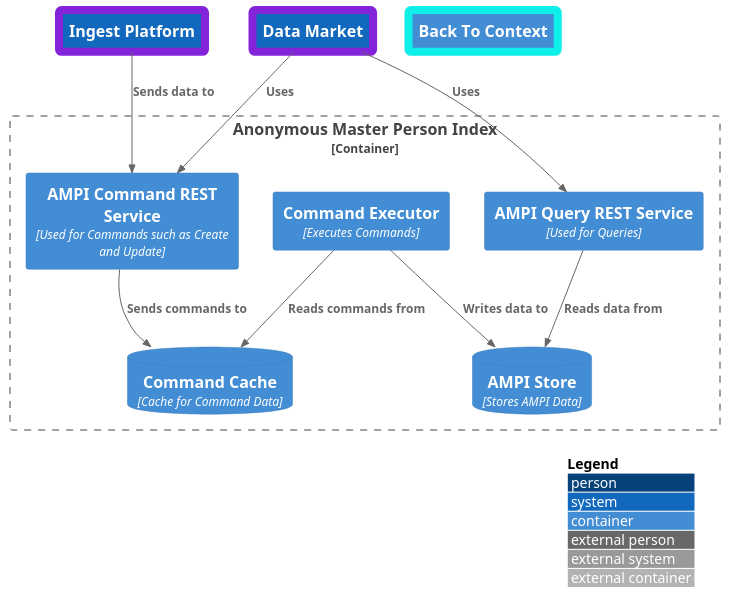
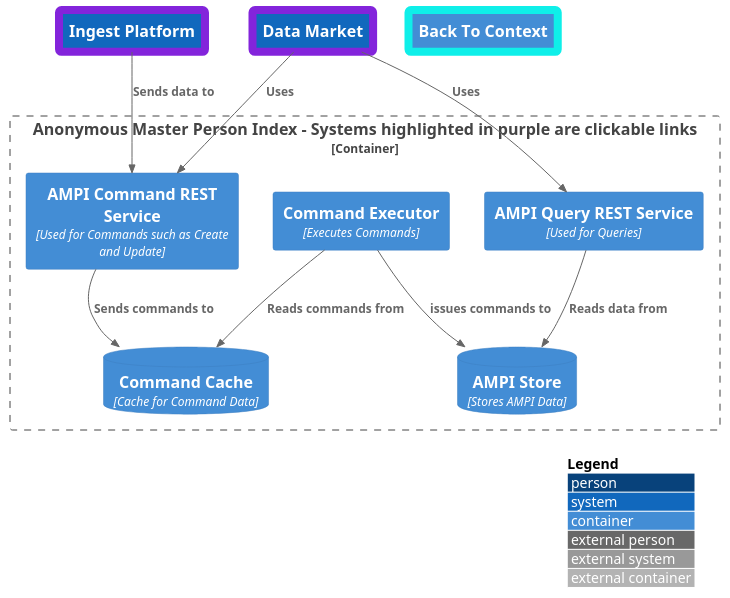
The diagram in ArchitectureModel/AMPIContainer.puml (migueladelvalle/SE577-684-SP-23-24-final-project), drawn with PlantUML before and after one commit. The commit also changed 15 other files, not shown here.

Commit message:
C4 diagram adding additional components

```diff
--- a/ArchitectureModel/AMPIContainer.puml
+++ b/ArchitectureModel/AMPIContainer.puml
@@ -1,31 +1,31 @@
 @startuml
-!include https://raw.githubusercontent.com/plantuml-stdlib/C4-PlantUML/master/C4_Container.puml
+!include ./C4_Container.puml
 
 LAYOUT_WITH_LEGEND()
 
 AddElementTag("lowerLevelLink", $borderColor="8324db",$borderThickness="8")
 AddElementTag("higherLevelLink", $borderColor="0fefe9ff",$borderThickness="8")
 
 System(ingestion, "Ingest Platform",$link="./IngestPlatformContainer.puml", $tags="lowerLevelLink")
 System(datamarket, "Data Market",$link="./DataMarketContainer.puml", $tags="lowerLevelLink")
 
 Container(back, "Back To Context", $link="./ContextDiagram.puml", $tags="higherLevelLink")
 
-Container_Boundary(ampi, "Anonymous Master Person Index", "The boundary of the system"){
+Container_Boundary(ampi, "Anonymous Master Person Index - Systems highlighted in purple are clickable links", "The boundary of the system"){
     Container(command, "AMPI Command REST Service", "Used for Commands such as Create and Update")
     Container(query, "AMPI Query REST Service", "Used for Queries")
     ContainerDb(commandCache, "Command Cache", "Cache for Command Data")
     Container(executor, "Command Executor", "Executes Commands")
     ContainerDb(store, "AMPI Store", "Stores AMPI Data")
 }
 
 Rel(ingestion, command, "Sends data to")
 Rel(datamarket, command, "Uses")
 Rel(datamarket, query, "Uses")
 Rel(command, commandCache, "Sends commands to")
 Rel(executor,commandCache, "Reads commands from")
-Rel(executor,store, "Writes data to")
+Rel(executor,store, "issues commands to")
 Rel(query, store, "Reads data from")
 
 
 @enduml
```
